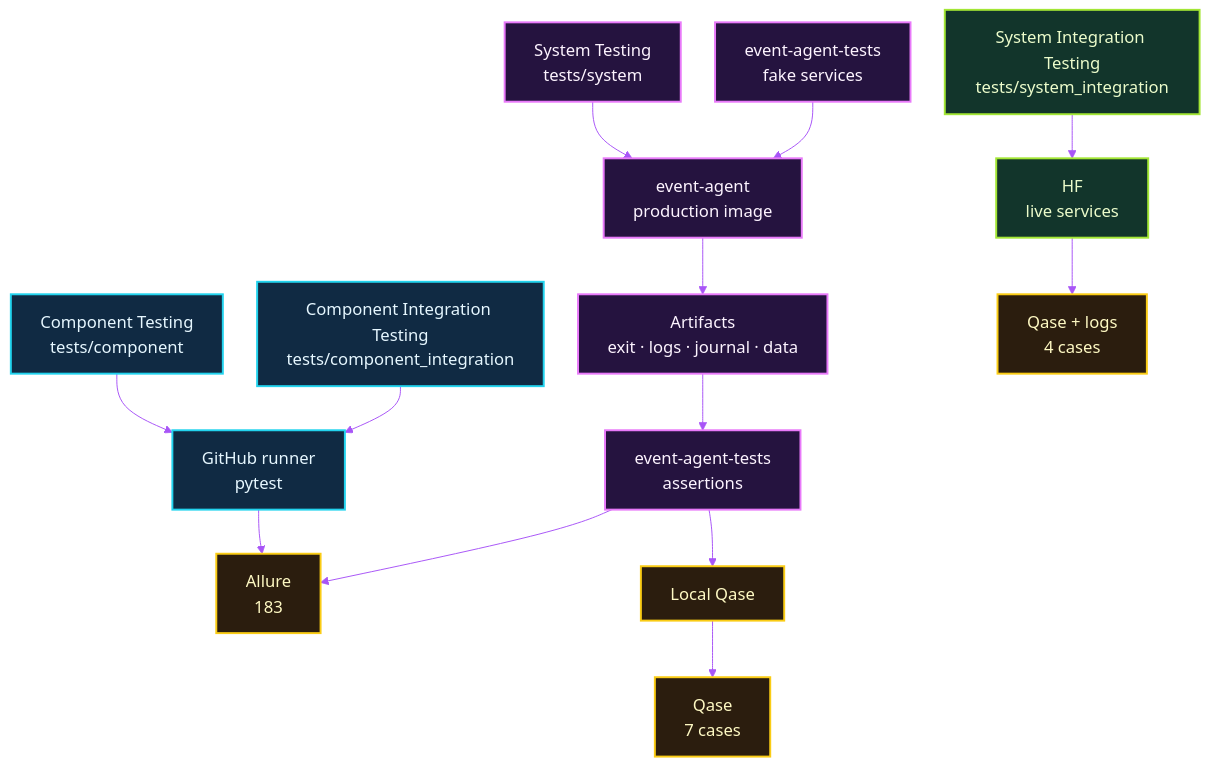
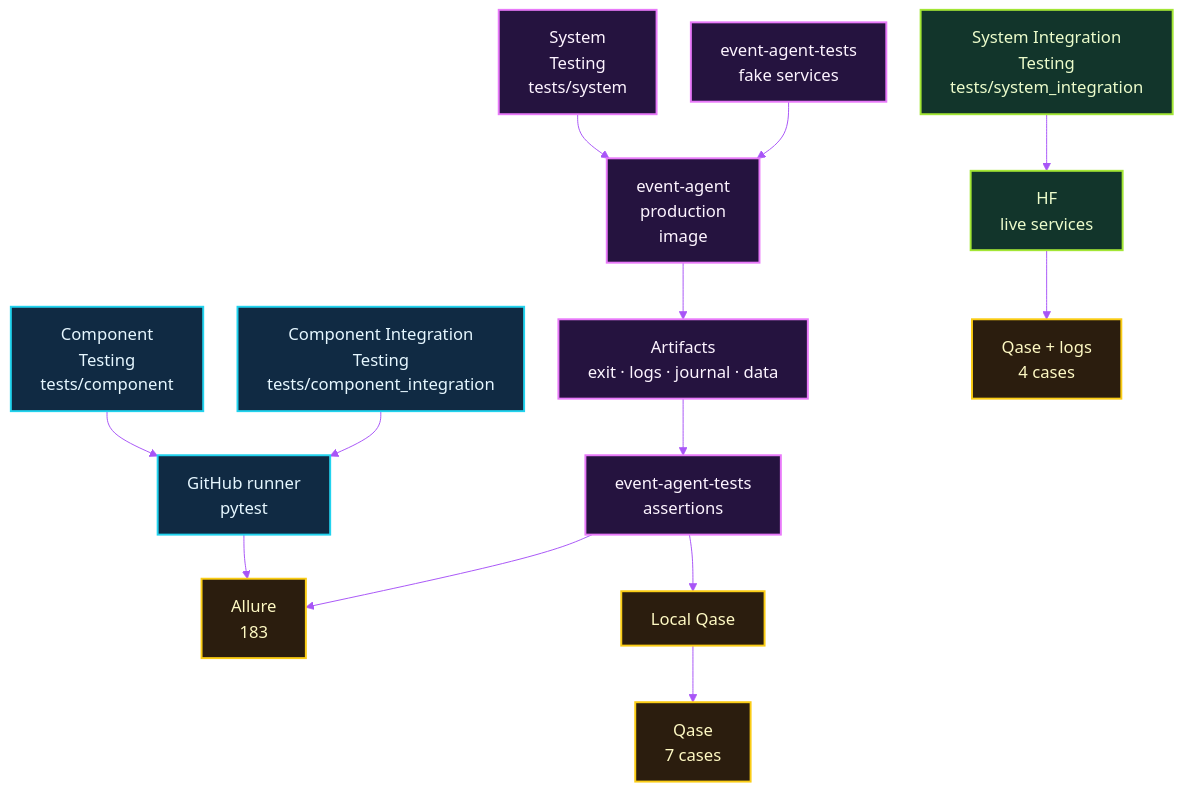
One commit to michalmarczuk/event-agent changed the first of 3 diagrams in docs/TESTING.md. Above: the diagram before and after it, drawn with Mermaid. The commit also changed other lines of this file and 3 other files, not shown here.

Commit message:
Improve Mermaid readability and simplify README flow

````diff
--- a/docs/TESTING.md
+++ b/docs/TESTING.md
@@ -38,27 +38,27 @@
 ```mermaid
 %%{init: {'theme': 'base', 'themeVariables': {'background': '#07111f', 'primaryColor': '#102a43', 'primaryTextColor': '#e6f7ff', 'primaryBorderColor': '#22d3ee', 'secondaryColor': '#25133f', 'tertiaryColor': '#12352b', 'lineColor': '#a855f7', 'fontFamily': 'ui-sans-serif, system-ui', 'fontSize': '17px'}, 'flowchart': {'nodeSpacing': 35, 'rankSpacing': 45}}}%%
 flowchart TB
-    component["Component Testing\ntests/component"] --> runner["GitHub runner\npytest"]
-    component_integration["Component Integration Testing\ntests/component_integration"] --> runner
+    component["Component<br/>Testing\ntests/component"] --> runner["GitHub runner\npytest"]
+    component_integration["Component Integration<br/>Testing\ntests/component_integration"] --> runner
     runner --> allure["Allure\n183"]
 
-    system["System Testing\ntests/system"] --> sut["event-agent\nproduction image"]
+    system["System<br/>Testing\ntests/system"] --> sut["event-agent\nproduction<br/>image"]
     fake["event-agent-tests\nfake services"] --> sut
     sut --> artifacts["Artifacts\nexit · logs · journal · data"]
     artifacts --> assertions["event-agent-tests\nassertions"]
     assertions --> allure
     assertions --> qase_local["Local Qase"]
     qase_local --> qase["Qase\n7 cases"]
 
-    system_integration["System Integration Testing\ntests/system_integration"] --> hf["HF\nlive services"]
+    system_integration["System Integration<br/>Testing\ntests/system_integration"] --> hf["HF\nlive services"]
     hf --> qase_live["Qase + logs\n4 cases"]
 
     classDef github fill:#102a43,stroke:#22d3ee,color:#e6f7ff,stroke-width:2px;
     classDef violet fill:#25133f,stroke:#e879f9,color:#fdf4ff,stroke-width:2px;
     classDef runtime fill:#12352b,stroke:#a3e635,color:#ecfccb,stroke-width:2px;
     classDef reporting fill:#2b1d0e,stroke:#facc15,color:#fef9c3,stroke-width:2px;
     class component,component_integration,runner github;
     class system,sut,fake,artifacts,assertions violet;
     class system_integration,hf runtime;
     class allure,qase_local,qase,qase_live reporting;
 ```
````
